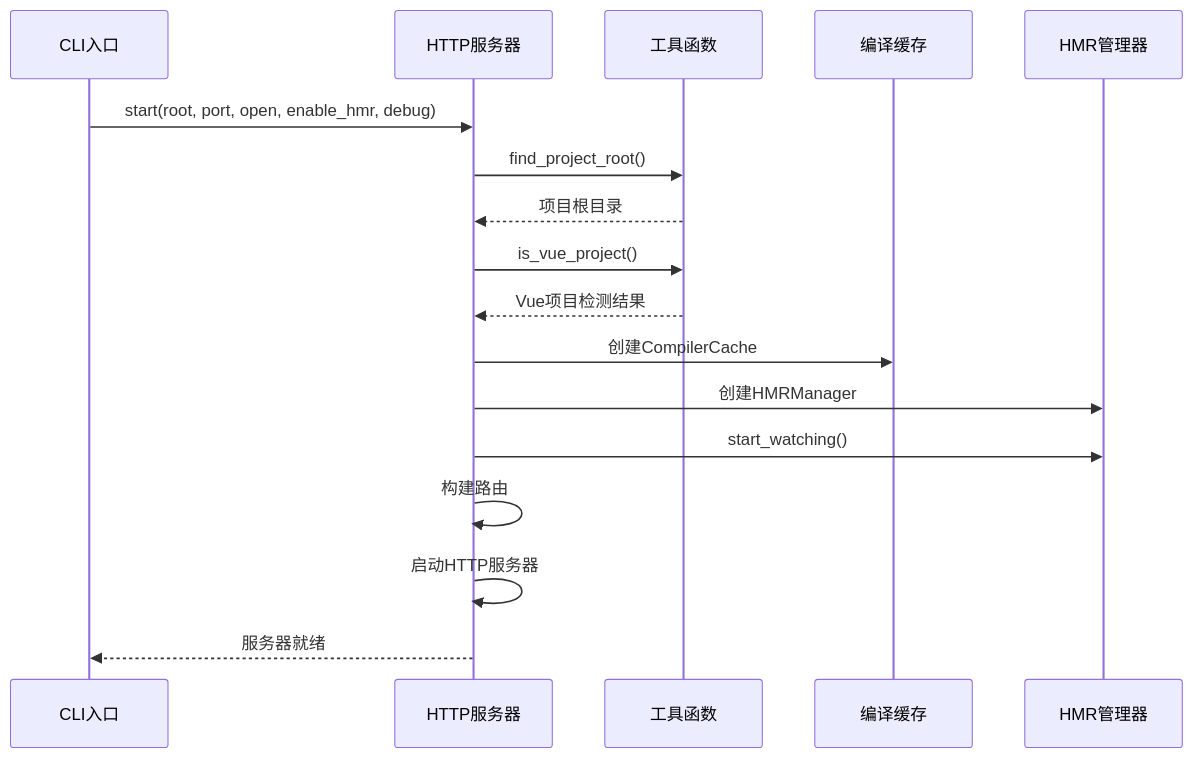
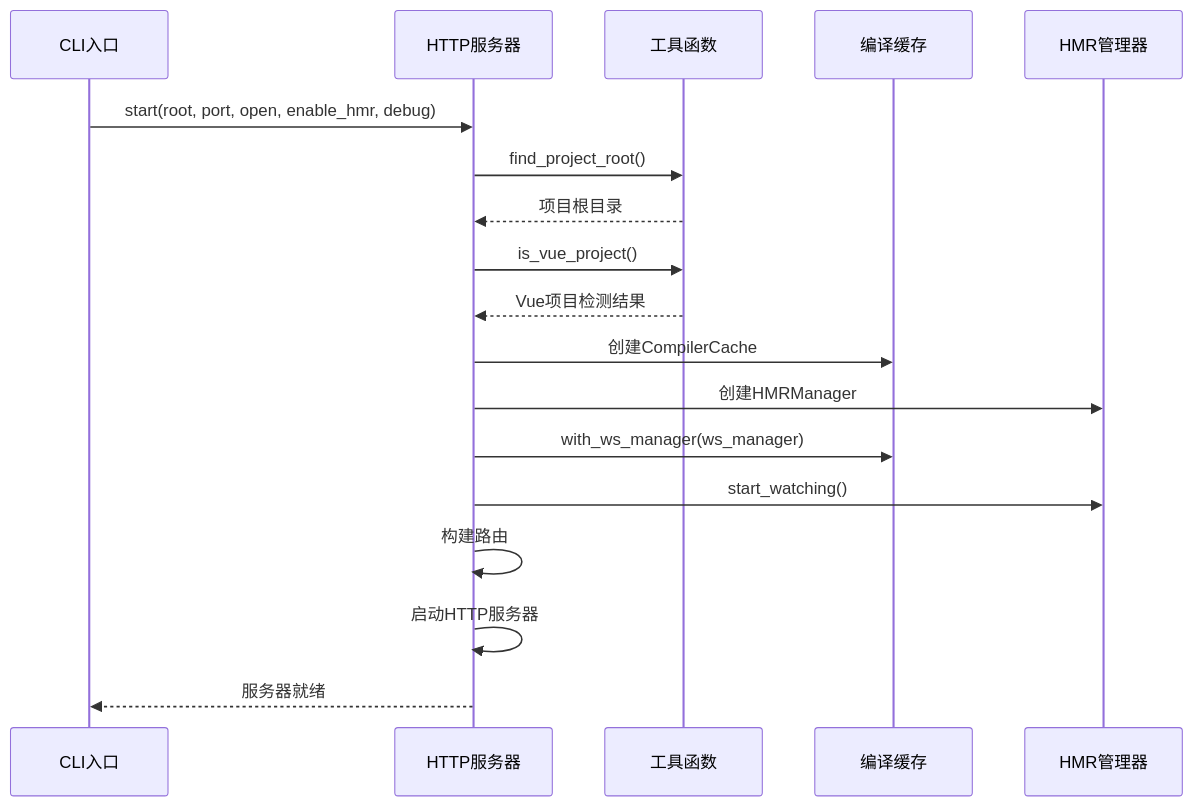
Before and after one commit to itszzl-sudo/iris: the third of 18 diagrams in .qoder/repowiki/zh/content/核心功能特性/Iris JetCrab CLI架构文档.md, drawn with Mermaid. The commit also changed other lines of this file and 63 other files, not shown here.

````diff
--- a/.qoder/repowiki/zh/content/核心功能特性/Iris JetCrab CLI架构文档.md
+++ b/.qoder/repowiki/zh/content/核心功能特性/Iris JetCrab CLI架构文档.md
@@ -139,19 +215,20 @@
 ```mermaid
 sequenceDiagram
 participant CLI as CLI入口
 participant Server as HTTP服务器
 participant Utils as 工具函数
 participant Cache as 编译缓存
 participant HMR as HMR管理器
 CLI->>Server : start(root, port, open, enable_hmr, debug)
 Server->>Utils : find_project_root()
 Utils-->>Server : 项目根目录
 Server->>Utils : is_vue_project()
 Utils-->>Server : Vue项目检测结果
 Server->>Cache : 创建CompilerCache
 Server->>HMR : 创建HMRManager
+Server->>Cache : with_ws_manager(ws_manager)
 Server->>HMR : start_watching()
 Server->>Server : 构建路由
 Server->>Server : 启动HTTP服务器
 Server-->>CLI : 服务器就绪
 ```
````
